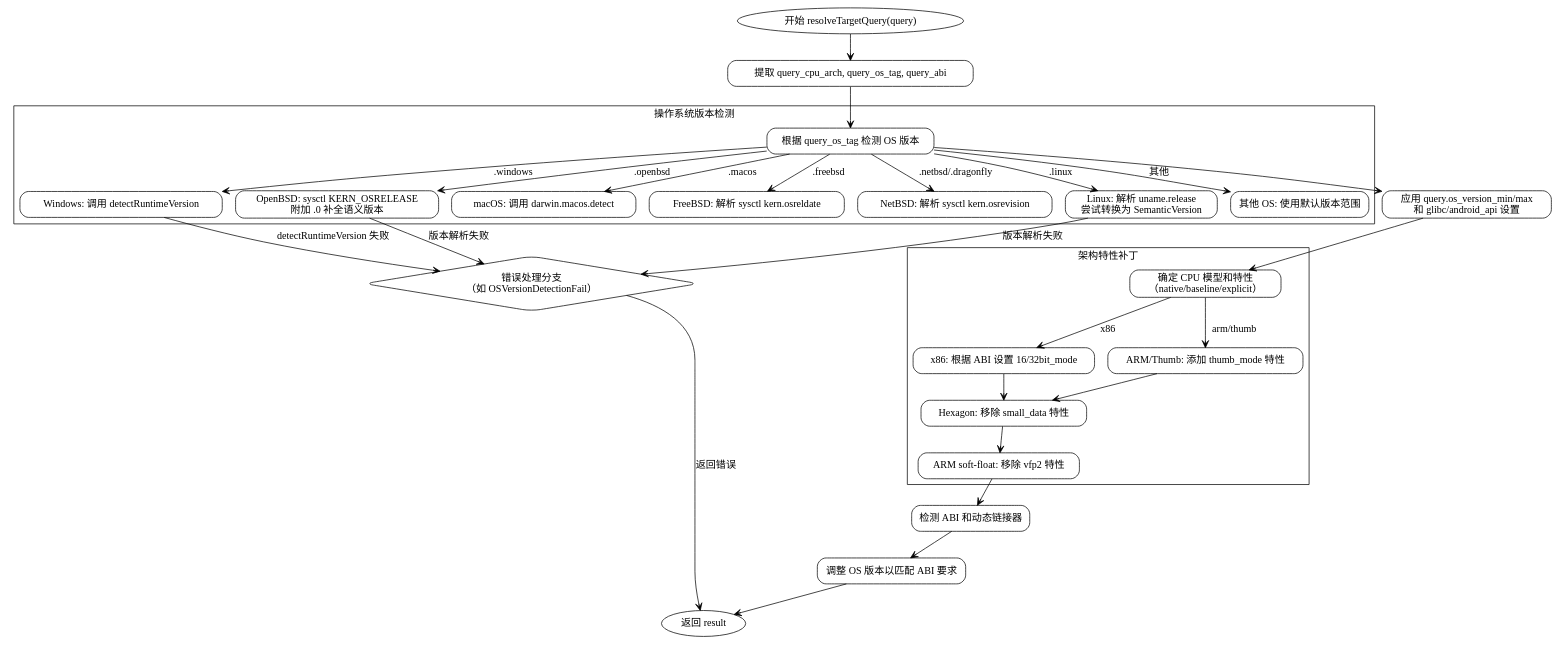
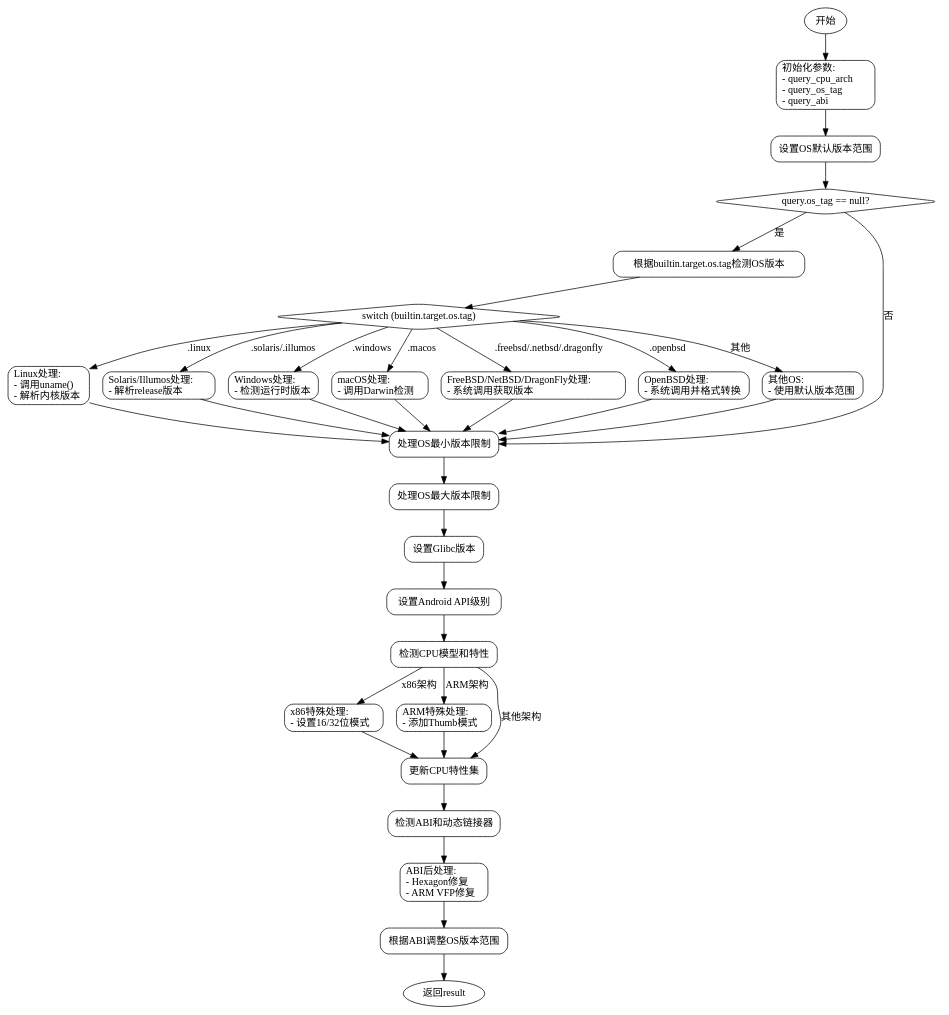
Before and after one commit to sdzx-1/deepseek-zig-reader: the diagram in dot_std/zig/system.zig.resolveTargetQuery.md, drawn with Graphviz. The commit also changed other lines of this file and 236 other files, not shown here.

````diff
--- a/dot_std/zig/system.zig.resolveTargetQuery.md
+++ b/dot_std/zig/system.zig.resolveTargetQuery.md
@@ -30,78 +19,81 @@
 ```dot
 digraph resolveTargetQuery {
     node [shape=rectangle, style=rounded];
-    edge [arrowhead=vee];
 
-    start [label="开始 resolveTargetQuery(query)", shape=ellipse];
-    end [label="返回 result", shape=ellipse];
+    start [label="开始", shape=ellipse];
+    end [label="返回result", shape=ellipse];
 
-    // 基本参数提取
-    extract_params [label="提取 query_cpu_arch, query_os_tag, query_abi"];
-    start -> extract_params;
+    // 基本参数初始化
+    init_params [label="初始化参数:\l- query_cpu_arch\l- query_os_tag\l- query_abi\l"];
+    os_default_version [label="设置OS默认版本范围"];
+    check_os_tag_null [label="query.os_tag == null?", shape=diamond];
 
-    // 操作系统版本检测分支
-    detect_os_version [label="根据 query_os_tag 检测 OS 版本"];
-    extract_params -> detect_os_version;
+    // OS检测分支
+    detect_os [label="根据builtin.target.os.tag检测OS版本"];
+    switch_os [label="switch (builtin.target.os.tag)", shape=diamond];
+    
+    // 各OS处理子模块
+    linux_block [label="Linux处理:\l- 调用uname()\l- 解析内核版本\l"];
+    solaris_block [label="Solaris/Illumos处理:\l- 解析release版本\l"];
+    windows_block [label="Windows处理:\l- 检测运行时版本\l"];
+    macos_block [label="macOS处理:\l- 调用Darwin检测\l"];
+    bsd_block [label="FreeBSD/NetBSD/DragonFly处理:\l- 系统调用获取版本\l"];
+    openbsd_block [label="OpenBSD处理:\l- 系统调用并格式转换\l"];
+    other_os [label="其他OS:\l- 使用默认版本范围\l"];
 
-    // OS 检测子流程
-    subgraph cluster_os_detection {
-        label="操作系统版本检测";
-        linux [label="Linux: 解析 uname.release\n尝试转换为 SemanticVersion"];
-        windows [label="Windows: 调用 detectRuntimeVersion"];
-        macos [label="macOS: 调用 darwin.macos.detect"];
-        freebsd [label="FreeBSD: 解析 sysctl kern.osreldate"];
-        netbsd [label="NetBSD: 解析 sysctl kern.osrevision"];
-        openbsd [label="OpenBSD: sysctl KERN_OSRELEASE\n附加 .0 补全语义版本"];
-        other_os [label="其他 OS: 使用默认版本范围"];
-        
-        detect_os_version -> linux [label=".linux"];
-        detect_os_version -> windows [label=".windows"];
-        detect_os_version -> macos [label=".macos"];
-        detect_os_version -> freebsd [label=".freebsd"];
-        detect_os_version -> netbsd [label=".netbsd/.dragonfly"];
-        detect_os_version -> openbsd [label=".openbsd"];
-        detect_os_version -> other_os [label="其他"];
-    }
+    // 版本范围更新
+    handle_os_version_min [label="处理OS最小版本限制"];
+    handle_os_version_max [label="处理OS最大版本限制"];
+    handle_glibc [label="设置Glibc版本"];
+    handle_android [label="设置Android API级别"];
 
-    // 处理版本范围覆盖
-    handle_os_version_override [label="应用 query.os_version_min/max\n和 glibc/android_api 设置"];
-    detect_os_version -> handle_os_version_override;
+    // CPU处理
+    cpu_detection [label="检测CPU模型和特性"];
+    x86_special [label="x86特殊处理:\l- 设置16/32位模式\l"];
+    arm_special [label="ARM特殊处理:\l- 添加Thumb模式\l"];
+    update_features [label="更新CPU特性集"];
 
-    // CPU 特性处理
-    detect_cpu [label="确定 CPU 模型和特性\n（native/baseline/explicit）"];
-    handle_os_version_override -> detect_cpu;
+    // ABI检测
+    detect_abi [label="检测ABI和动态链接器"];
+    post_abi_hacks [label="ABI后处理:\l- Hexagon修复\l- ARM VFP修复\l"];
+    adjust_os_version [label="根据ABI调整OS版本范围"];
 
-    // 架构特定逻辑
-    subgraph cluster_cpu_hacks {
-        label="架构特性补丁";
-        x86_mode [label="x86: 根据 ABI 设置 16/32bit_mode"];
-        arm_thumb [label="ARM/Thumb: 添加 thumb_mode 特性"];
-        hexagon_fix [label="Hexagon: 移除 small_data 特性"];
-        arm_softfloat [label="ARM soft-float: 移除 vfp2 特性"];
-        
-        detect_cpu -> x86_mode [label="x86"];
-        detect_cpu -> arm_thumb [label="arm/thumb"];
-        x86_mode -> hexagon_fix;
-        arm_thumb -> hexagon_fix;
-        hexagon_fix -> arm_softfloat;
-    }
+    // 连接节点
+    start -> init_params -> os_default_version -> check_os_tag_null;
+    
+    check_os_tag_null -> detect_os [label="是"];
+    check_os_tag_null -> handle_os_version_min [label="否"];
+    
+    detect_os -> switch_os;
+    switch_os -> linux_block [label=".linux"];
+    switch_os -> solaris_block [label=".solaris/.illumos"];
+    switch_os -> windows_block [label=".windows"];
+    switch_os -> macos_block [label=".macos"];
+    switch_os -> bsd_block [label=".freebsd/.netbsd/.dragonfly"];
+    switch_os -> openbsd_block [label=".openbsd"];
+    switch_os -> other_os [label="其他"];
+    
+    // 合并OS处理分支
+    linux_block -> handle_os_version_min;
+    solaris_block -> handle_os_version_min;
+    windows_block -> handle_os_version_min;
+    macos_block -> handle_os_version_min;
+    bsd_block -> handle_os_version_min;
+    openbsd_block -> handle_os_version_min;
+    other_os -> handle_os_version_min;
 
-    // ABI 和动态链接器检测
-    detect_abi [label="检测 ABI 和动态链接器"];
-    arm_softfloat -> detect_abi;
+    // 版本范围处理流程
+    handle_os_version_min -> handle_os_version_max -> handle_glibc -> handle_android -> cpu_detection;
 
-    // 版本兼容性修正
-    check_abi_os_compat [label="调整 OS 版本以匹配 ABI 要求"];
-    detect_abi -> check_abi_os_compat;
+    // CPU处理流程
+    cpu_detection -> x86_special [label="x86架构"];
+    cpu_detection -> arm_special [label="ARM架构"];
+    x86_special -> update_features;
+    arm_special -> update_features;
+    cpu_detection -> update_features [label="其他架构"];
+    update_features -> detect_abi;
 
-    // 结束
-    check_abi_os_compat -> end;
-
-    // 错误处理（简化）
-    error_handling [label="错误处理分支\n（如 OSVersionDetectionFail）", shape=diamond];
-    linux -> error_handling [label="版本解析失败"];
-    windows -> error_handling [label="detectRuntimeVersion 失败"];
-    openbsd -> error_handling [label="版本解析失败"];
-    error_handling -> end [label="返回错误"];
+    // 最终处理
+    detect_abi -> post_abi_hacks -> adjust_os_version -> end;
 }
 ```
````
